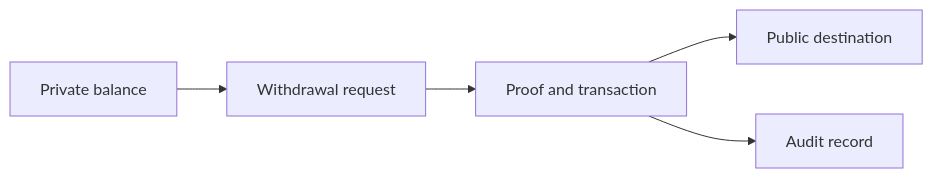
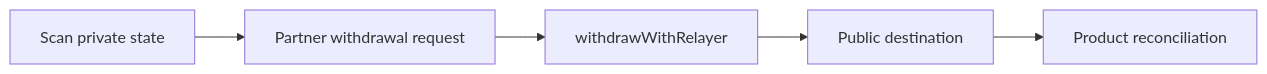
The diagram in integration-guides/withdrawals-and-payouts.mdx (Polynom-Labs/docs), drawn with Mermaid before and after one commit. The commit also changed other lines of this file and 32 other files, not shown here.

````diff
--- a/integration-guides/withdrawals-and-payouts.mdx
+++ b/integration-guides/withdrawals-and-payouts.mdx
@@ -10,13 +10,13 @@
 ```mermaid
 flowchart LR
-  balance["Private balance"]
-  request["Withdrawal request"]
-  proof["Proof and transaction"]
+  scan["Scan private state"]
+  request["Partner withdrawal request"]
+  sdk["withdrawWithRelayer"]
   public["Public destination"]
-  audit["Audit record"]
+  reconcile["Product reconciliation"]
 
-  balance --> request
-  request --> proof
-  proof --> public
-  proof --> audit
+  scan --> request
+  request --> sdk
+  sdk --> public
+  public --> reconcile
 ```
````
